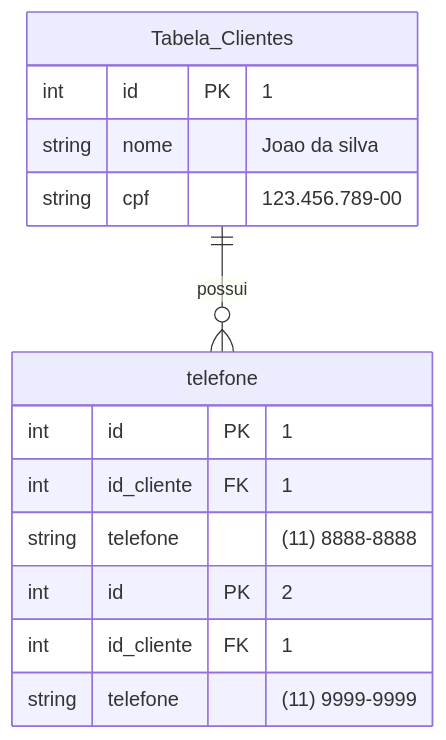
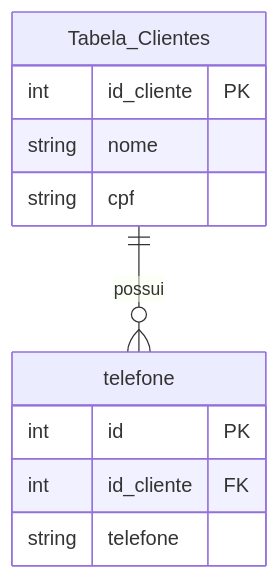
One commit to joaorbm09/banco_de_dados changed the diagram in exercicios/ex1.md. Above: the diagram before and after it, drawn with Mermaid. The commit also changed 3 other files, not shown here.

````diff
--- a/exercicios/ex1.md
+++ b/exercicios/ex1.md
@@ -3,20 +3,16 @@
 ``` mermaid
     erDiagram
         Tabela_Clientes{
-            int id PK " 1"
-            string nome "Joao da silva"
-            string cpf "123.456.789-00"
+            int id_cliente PK
+            string nome 
+            string cpf 
         }
 
         telefone{
-            int id PK "1"
-            int id_cliente FK "1"
-            string telefone "(11) 8888-8888"
-            int id PK "2"
-            int id_cliente FK "1"
-            string telefone "(11) 9999-9999"
-            
+            int id PK 
+            int id_cliente FK
+            string telefone 
         }
     Tabela_Clientes ||--o{ telefone:"possui"
 
 ```
````
